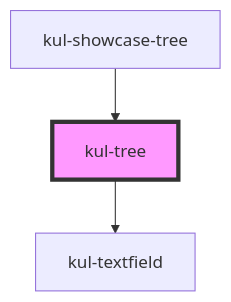
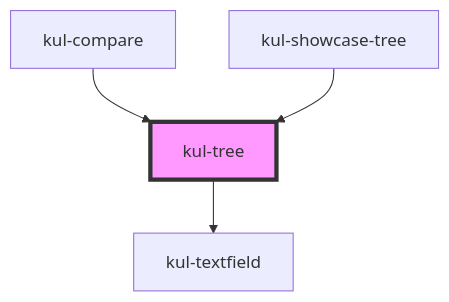
The diagram in packages/ketchup-lite/src/components/kul-tree/readme.md (lucafoscili/ketchup-lite), drawn with Mermaid before and after one commit. The commit also changed other lines of this file and 6 other files, not shown here.

````diff
--- a/packages/ketchup-lite/src/components/kul-tree/readme.md
+++ b/packages/ketchup-lite/src/components/kul-tree/readme.md
@@ -114,6 +115,7 @@
 ```mermaid
 graph TD;
   kul-tree --> kul-textfield
+  kul-compare --> kul-tree
   kul-showcase-tree --> kul-tree
   style kul-tree fill:#f9f,stroke:#333,stroke-width:4px
 ```
````
